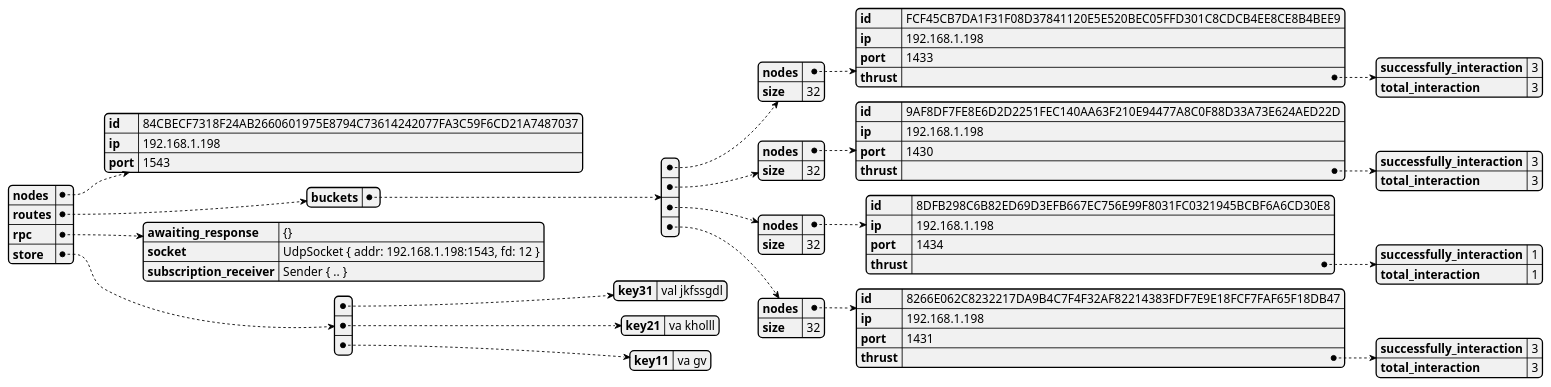
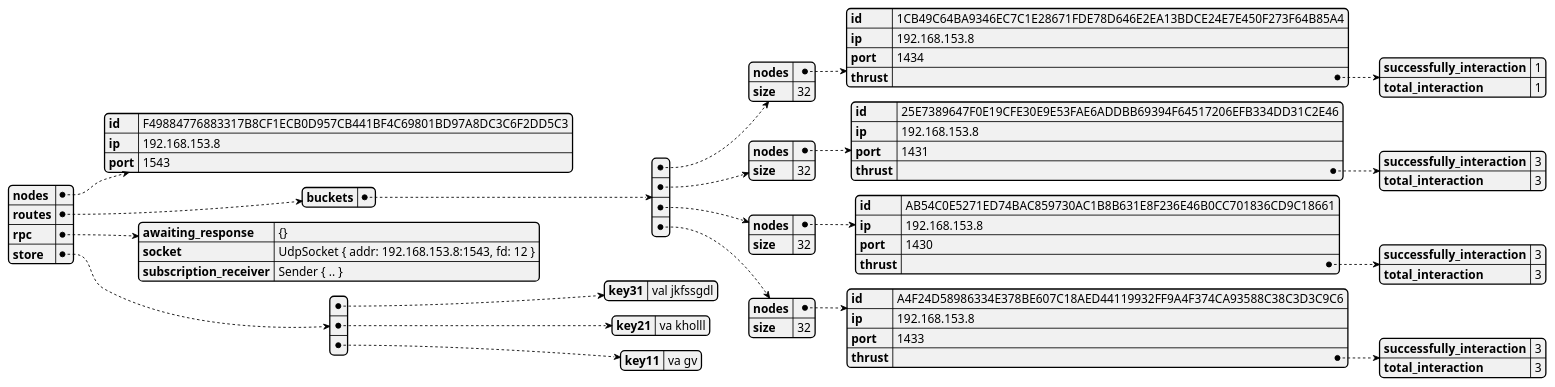
Before and after one commit to GoliathHagar/distributed_legder_kademlia: the diagram in src/distributed_legder/state_dumps/test-bootstrap-1.json.plantuml, drawn with PlantUML. The commit also changed 28 other files, not shown here.

```diff
--- a/src/distributed_legder/state_dumps/test-bootstrap-1.json.plantuml
+++ b/src/distributed_legder/state_dumps/test-bootstrap-1.json.plantuml
@@ -1,3 +1,3 @@
 @startjson
-{"nodes":{"id":"84CBECF7318F24AB2660601975E8794C73614242077FA3C59F6CD21A7487037","ip":"192.168.1.198","port":1543},"routes":{"buckets":[{"nodes":{"id":"FCF45CB7DA1F31F08D37841120E5E520BEC05FFD301C8CDCB4EE8CE8B4BEE9","ip":"192.168.1.198","port":1433,"thrust":{"successfully_interaction":3,"total_interaction":3}},"size":32},{"nodes":{"id":"9AF8DF7FE8E6D2D2251FEC140AA63F210E94477A8C0F88D33A73E624AED22D","ip":"192.168.1.198","port":1430,"thrust":{"successfully_interaction":3,"total_interaction":3}},"size":32},{"nodes":{"id":"8DFB298C6B82ED69D3EFB667EC756E99F8031FC0321945BCBF6A6CD30E8","ip":"192.168.1.198","port":1434,"thrust":{"successfully_interaction":1,"total_interaction":1}},"size":32},{"nodes":{"id":"8266E062C8232217DA9B4C7F4F32AF82214383FDF7E9E18FCF7FAF65F18DB47","ip":"192.168.1.198","port":1431,"thrust":{"successfully_interaction":3,"total_interaction":3}},"size":32}]},"rpc":{"awaiting_response":"{}","socket":"UdpSocket { addr: 192.168.1.198:1543, fd: 12 }","subscription_receiver":"Sender { .. }"},"store":[{"key31":"val jkfssgdl"},{"key21":"va kholll"},{"key11":"va gv"}]}
+{"nodes":{"id":"F49884776883317B8CF1ECB0D957CB441BF4C69801BD97A8DC3C6F2DD5C3","ip":"192.168.153.8","port":1543},"routes":{"buckets":[{"nodes":{"id":"1CB49C64BA9346EC7C1E28671FDE78D646E2EA13BDCE24E7E450F273F64B85A4","ip":"192.168.153.8","port":1434,"thrust":{"successfully_interaction":1,"total_interaction":1}},"size":32},{"nodes":{"id":"25E7389647F0E19CFE30E9E53FAE6ADDBB69394F64517206EFB334DD31C2E46","ip":"192.168.153.8","port":1431,"thrust":{"successfully_interaction":3,"total_interaction":3}},"size":32},{"nodes":{"id":"AB54C0E5271ED74BAC859730AC1B8B631E8F236E46B0CC701836CD9C18661","ip":"192.168.153.8","port":1430,"thrust":{"successfully_interaction":3,"total_interaction":3}},"size":32},{"nodes":{"id":"A4F24D58986334E378BE607C18AED44119932FF9A4F374CA93588C38C3D3C9C6","ip":"192.168.153.8","port":1433,"thrust":{"successfully_interaction":3,"total_interaction":3}},"size":32}]},"rpc":{"awaiting_response":"{}","socket":"UdpSocket { addr: 192.168.153.8:1543, fd: 12 }","subscription_receiver":"Sender { .. }"},"store":[{"key31":"val jkfssgdl"},{"key21":"va kholll"},{"key11":"va gv"}]}
 @endjson
```
